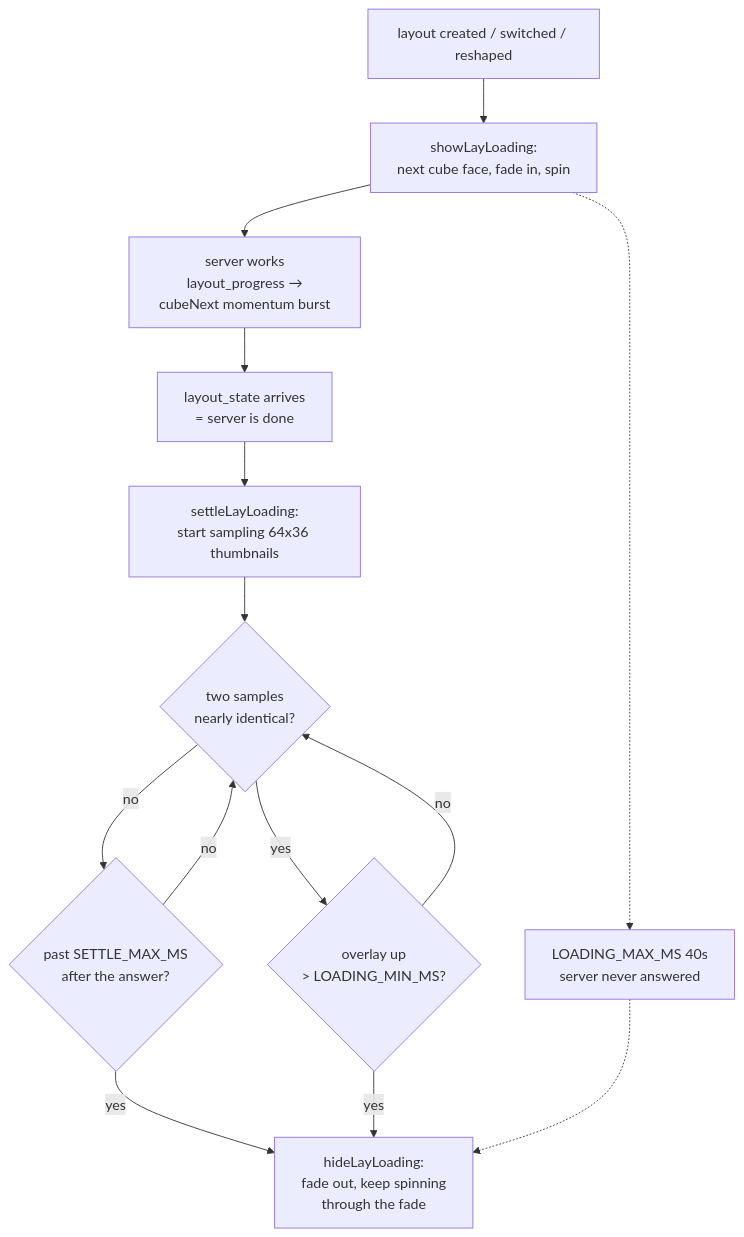
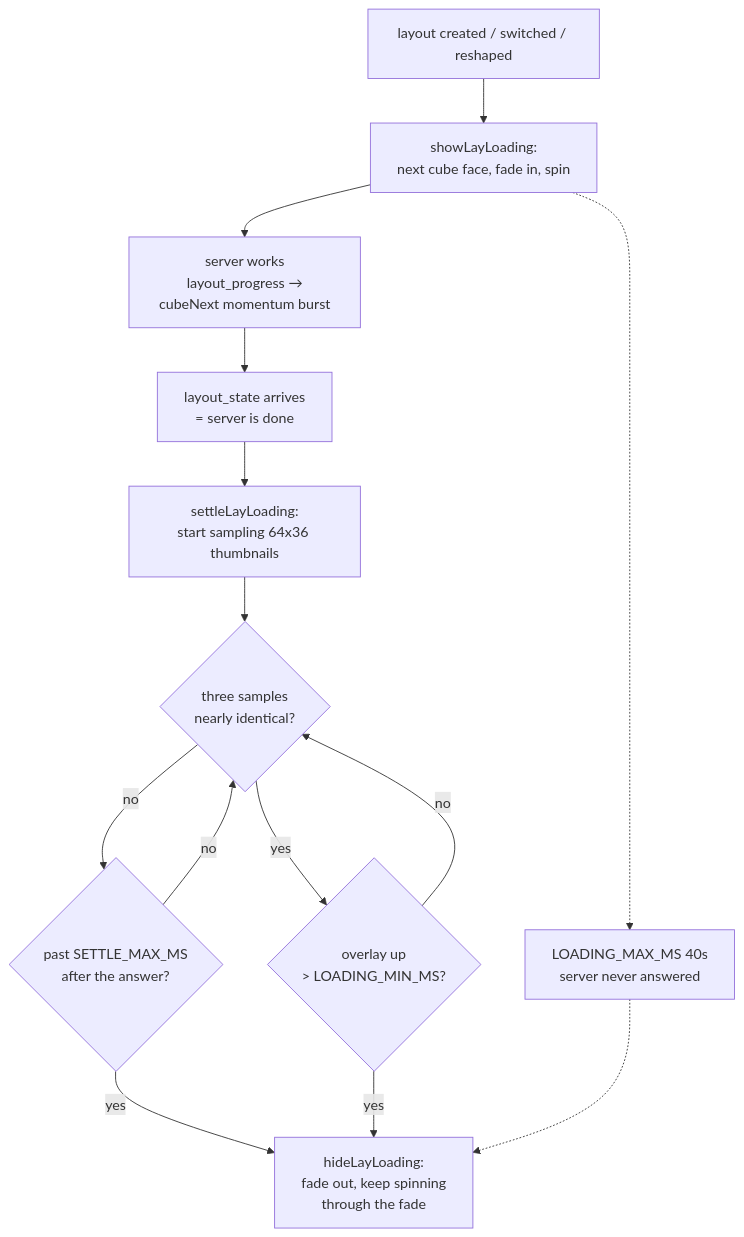
The first of 3 diagrams in client/__flow/layouts.md (UVuruna/Remote-User), drawn with Mermaid before and after one commit. The commit also changed other lines of this file and 6 other files, not shown here.

````diff
--- a/client/__flow/layouts.md
+++ b/client/__flow/layouts.md
@@ -25,15 +25,15 @@
 ```mermaid
 flowchart TB
     START[layout created / switched / reshaped] --> SHOW[showLayLoading:\nnext cube face, fade in, spin]
     SHOW --> WAIT[server works\n layout_progress → cubeNext momentum burst]
     WAIT --> STATE[layout_state arrives\n= server is done]
     STATE --> ARM[settleLayLoading:\nstart sampling 64x36 thumbnails]
-    ARM --> TICK{two samples\nnearly identical?}
+    ARM --> TICK{three samples\nnearly identical?}
     TICK -- no --> AGE{past SETTLE_MAX_MS\nafter the answer?}
     AGE -- no --> TICK
     AGE -- yes --> HIDE
     TICK -- yes --> MIN{overlay up\n> LOADING_MIN_MS?}
     MIN -- no --> TICK
     MIN -- yes --> HIDE[hideLayLoading:\nfade out, keep spinning\nthrough the fade]
     SHOW -.-> BACKSTOP[LOADING_MAX_MS 40s\nserver never answered] -.-> HIDE
 ```
````
